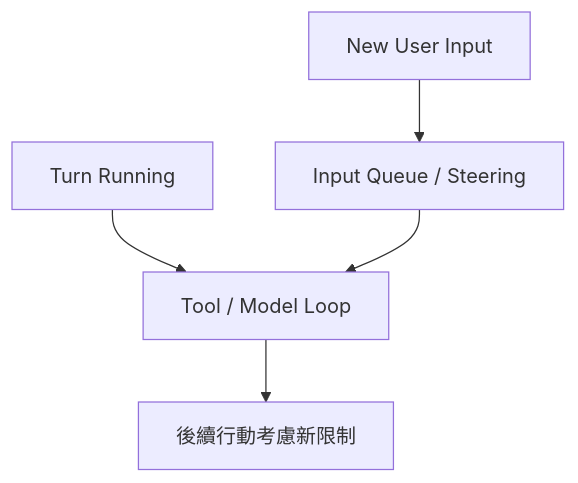
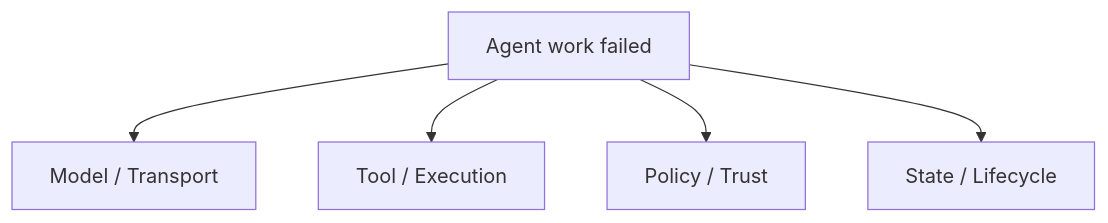
Before and after one commit to indigofeather/harness-book: the seventh of 7 diagrams in docs/foundations/agent-loop.md, drawn with Mermaid. The commit also changed other lines of this file and 48 other files, not shown here.

````diff
--- a/docs/foundations/agent-loop.md
+++ b/docs/foundations/agent-loop.md
@@ -315,7 +273,7 @@
 ```mermaid
 flowchart TD
-  A[Turn Running] --> B[Tool / Model Loop]
-  U[New User Input] --> Q[Input Queue / Steering]
-  Q --> B
-  B --> C[後續行動考慮新限制]
+  F[Agent work failed] --> M[Model / Transport]
+  F --> T[Tool / Execution]
+  F --> P[Policy / Trust]
+  F --> S[State / Lifecycle]
 ```
````
